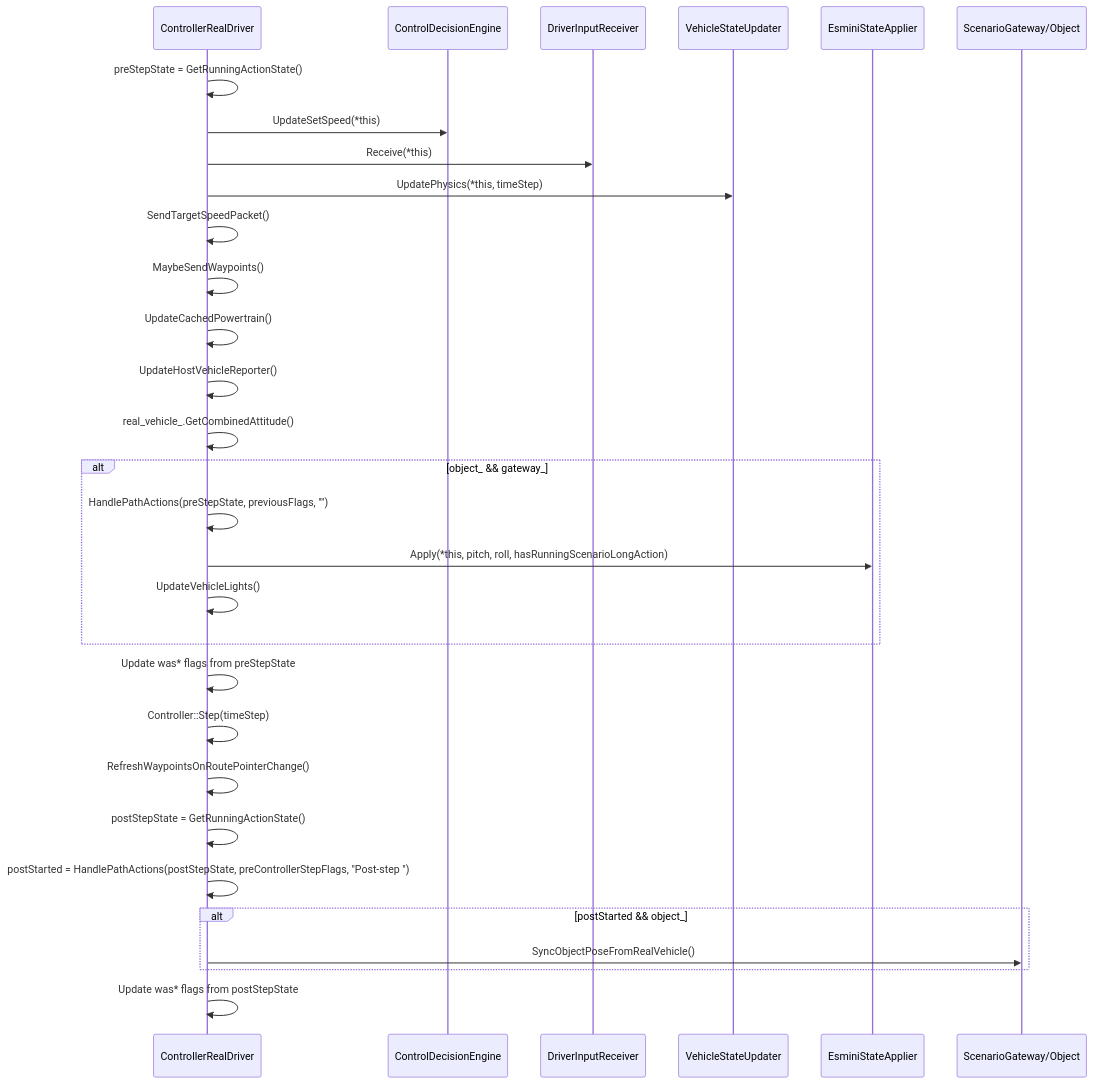
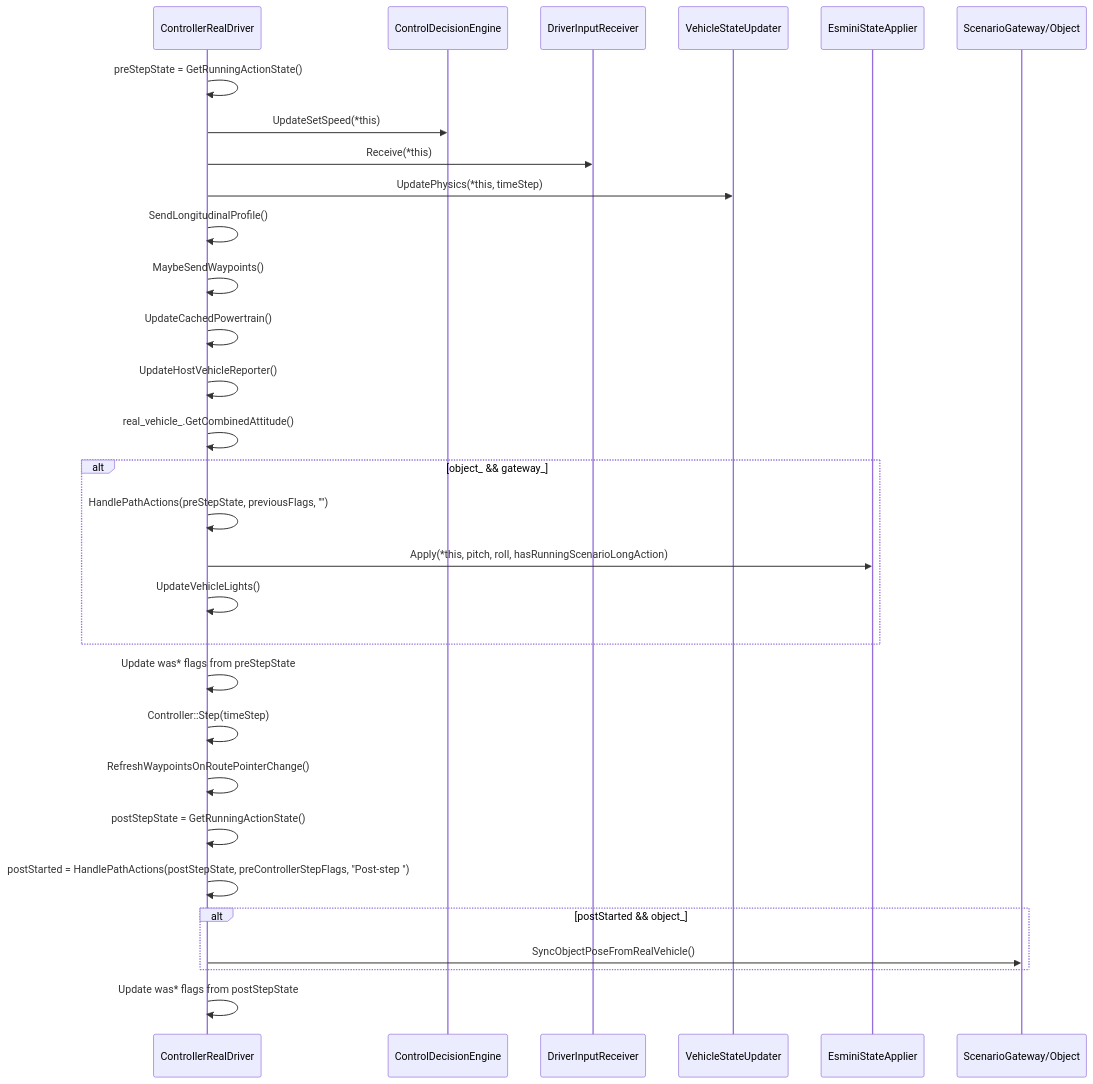
Before and after one commit to GT-karny/esmini: the third of 10 diagrams in GT_esmini/docs/controller_real_driver_logic.md, drawn with Mermaid. The commit also changed other lines of this file and 38 other files, not shown here.

````diff
--- a/GT_esmini/docs/controller_real_driver_logic.md
+++ b/GT_esmini/docs/controller_real_driver_logic.md
@@ -78,33 +78,33 @@
 ```mermaid
 sequenceDiagram
     participant C as ControllerRealDriver
     participant DE as ControlDecisionEngine
     participant DR as DriverInputReceiver
     participant VS as VehicleStateUpdater
     participant EA as EsminiStateApplier
     participant GW as ScenarioGateway/Object
 
     C->>C: preStepState = GetRunningActionState()
     C->>DE: UpdateSetSpeed(*this)
     C->>DR: Receive(*this)
     C->>VS: UpdatePhysics(*this, timeStep)
-    C->>C: SendTargetSpeedPacket()
+    C->>C: SendLongitudinalProfile()
     C->>C: MaybeSendWaypoints()
     C->>C: UpdateCachedPowertrain()
     C->>C: UpdateHostVehicleReporter()
     C->>C: real_vehicle_.GetCombinedAttitude()
     alt object_ && gateway_
         C->>C: HandlePathActions(preStepState, previousFlags, "")
         C->>EA: Apply(*this, pitch, roll, hasRunningScenarioLongAction)
         C->>C: UpdateVehicleLights()
     end
     C->>C: Update was* flags from preStepState
     C->>C: Controller::Step(timeStep)
     C->>C: RefreshWaypointsOnRoutePointerChange()
     C->>C: postStepState = GetRunningActionState()
     C->>C: postStarted = HandlePathActions(postStepState, preControllerStepFlags, "Post-step ")
     alt postStarted && object_
         C->>GW: SyncObjectPoseFromRealVehicle()
     end
     C->>C: Update was* flags from postStepState
 ```
````
